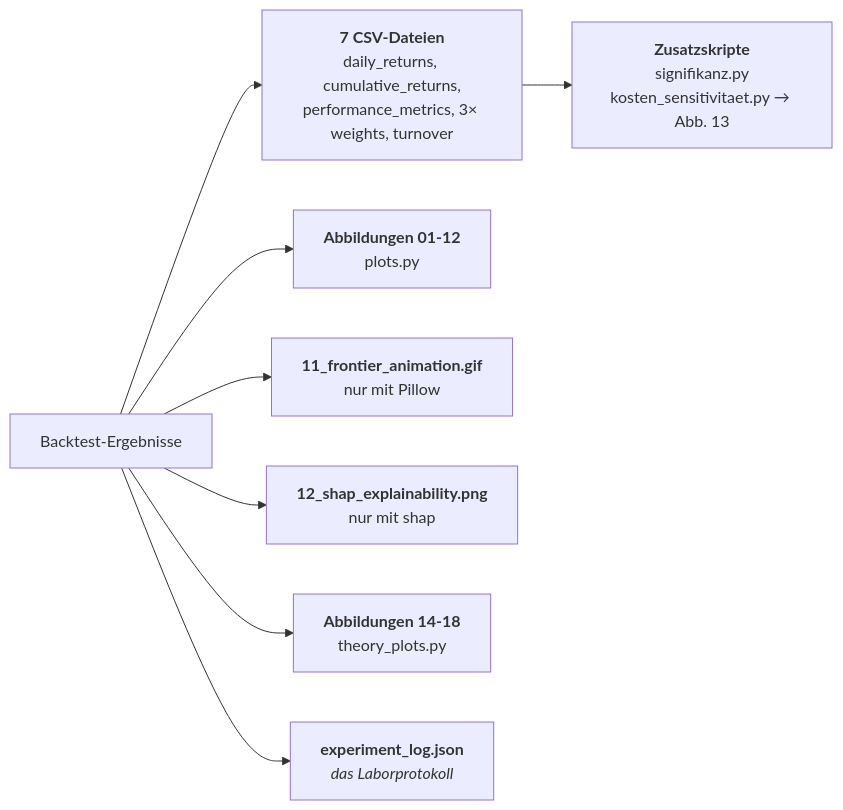
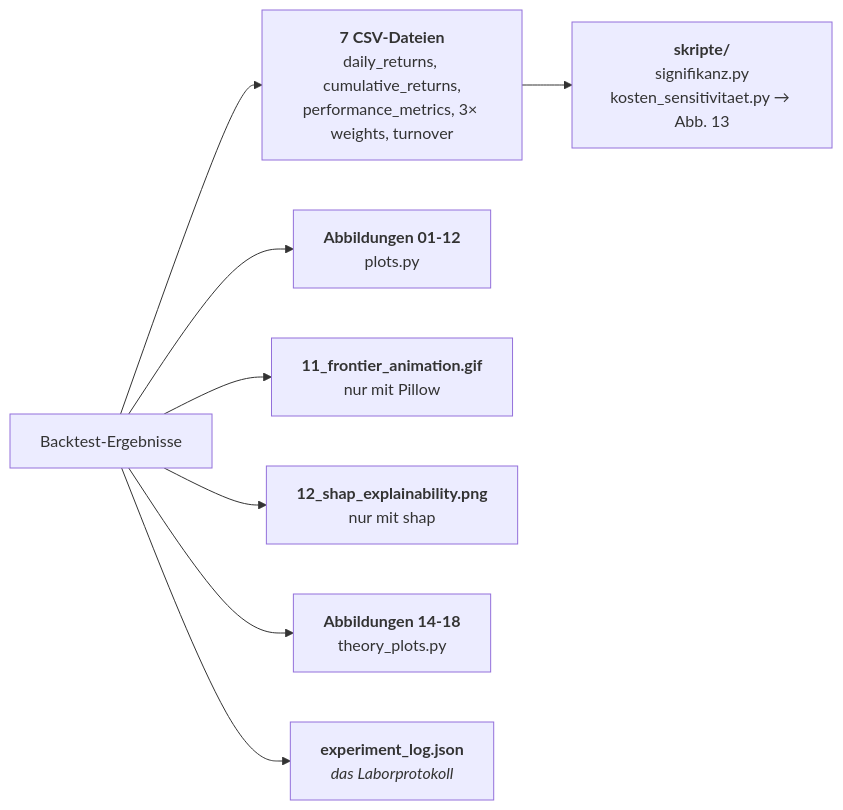
Diagram 13 of 13 in Handbook.md (MaxZoelfl/wseminar-portfolio-optimierung), drawn with Mermaid before and after one commit. The commit also changed other lines of this file and 7 other files, not shown here.

````diff
--- a/Handbook.md
+++ b/Handbook.md
@@ -793,10 +793,10 @@
 ```mermaid
 flowchart LR
     BT["Backtest-Ergebnisse"] --> CSV["<b>7 CSV-Dateien</b><br/>daily_returns, cumulative_returns,<br/>performance_metrics, 3× weights, turnover"]
     BT --> PNG["<b>Abbildungen 01-12</b><br/>plots.py"]
     BT --> GIF["<b>11_frontier_animation.gif</b><br/>nur mit Pillow"]
     BT --> SHP["<b>12_shap_explainability.png</b><br/>nur mit shap"]
     BT --> TH["<b>Abbildungen 14-18</b><br/>theory_plots.py"]
     BT --> JS["<b>experiment_log.json</b><br/><i>das Laborprotokoll</i>"]
-    CSV --> EXT["<b>Zusatzskripte</b><br/>signifikanz.py<br/>kosten_sensitivitaet.py → Abb. 13"]
+    CSV --> EXT["<b>skripte/</b><br/>signifikanz.py<br/>kosten_sensitivitaet.py → Abb. 13"]
 ```
````
